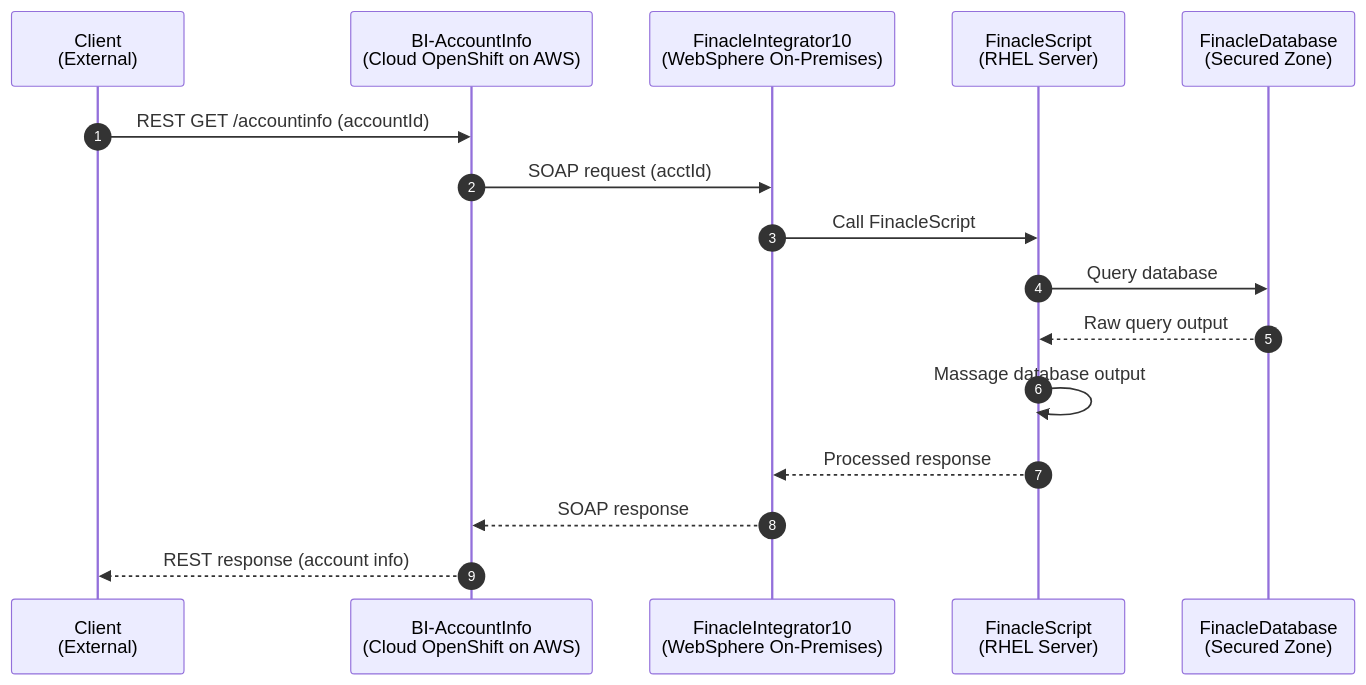
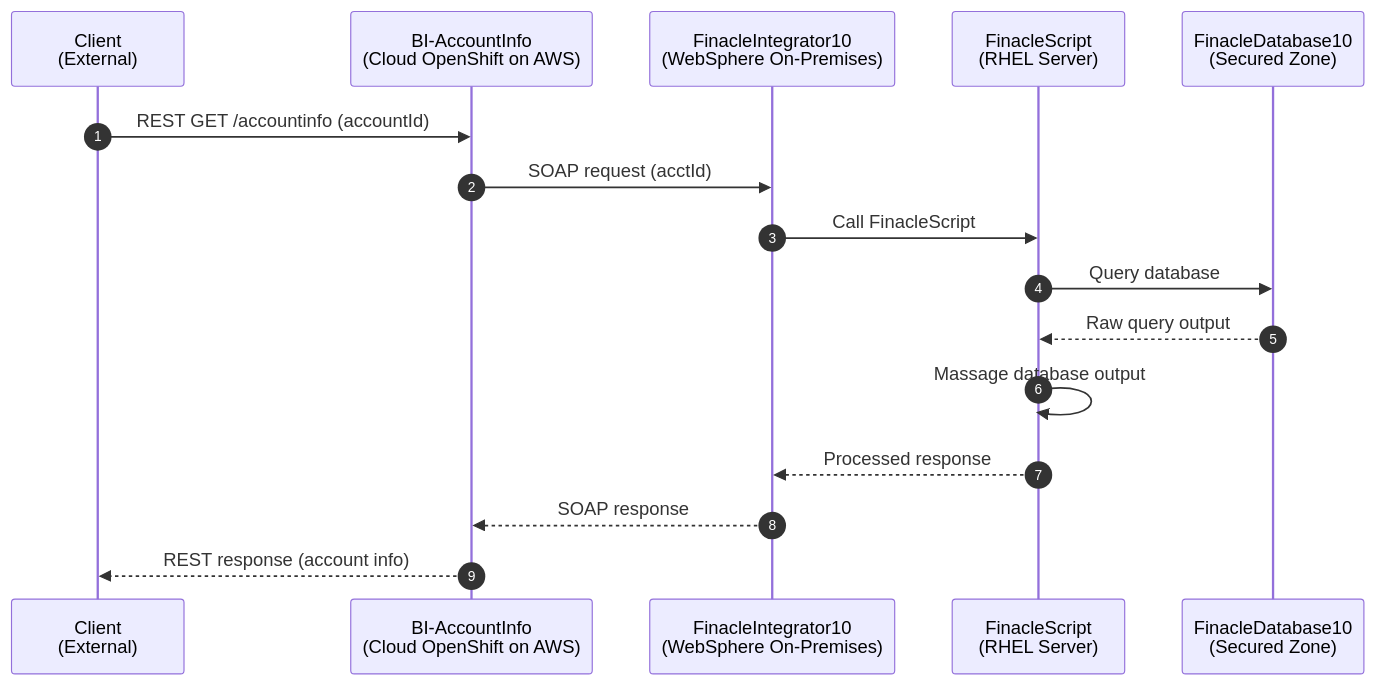
The third of 3 diagrams in README.md (dharmana-prasanna/python-multiple-dbs), drawn with Mermaid before and after one commit.

````diff
--- a/README.md
+++ b/README.md
@@ -310,19 +310,19 @@
 ```mermaid
 sequenceDiagram
     autonumber
     participant Client as Client<br/>(External)
     participant BI as BI-AccountInfo<br/>(Cloud OpenShift on AWS)
     participant FI10 as FinacleIntegrator10<br/>(WebSphere On-Premises)
     participant FS as FinacleScript<br/>(RHEL Server)
-    participant FDB as FinacleDatabase<br/>(Secured Zone)
+    participant FDB10 as FinacleDatabase10<br/>(Secured Zone)
 
     Client->>BI: REST GET /accountinfo (accountId)   
     BI->>FI10: SOAP request (acctId)
     FI10->>FS: Call FinacleScript
-    FS->>FDB: Query database
-    FDB-->>FS: Raw query output
+    FS->>FDB10: Query database
+    FDB10-->>FS: Raw query output
     FS->>FS: Massage database output
     FS-->>FI10: Processed response
     FI10-->>BI: SOAP response
     BI-->>Client: REST response (account info)
 ```
````
